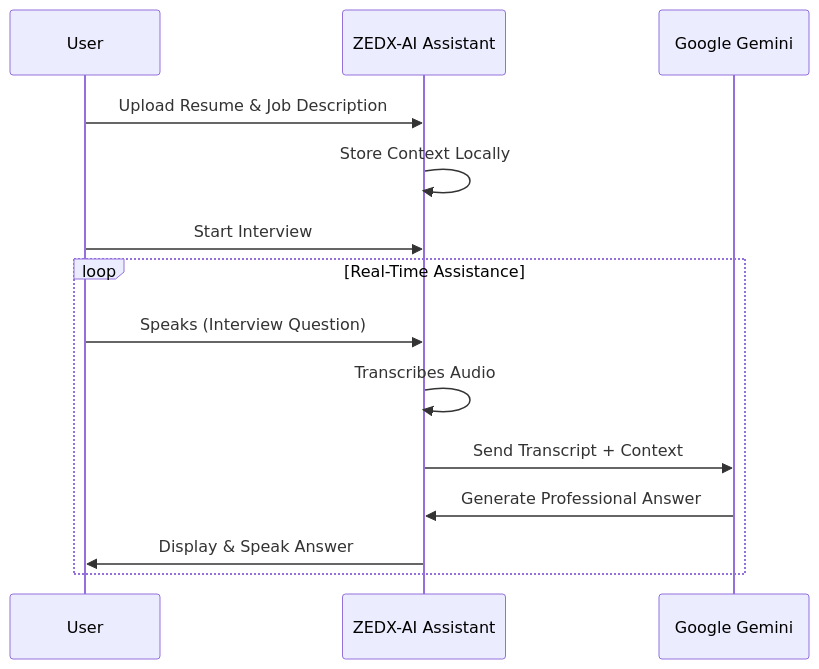
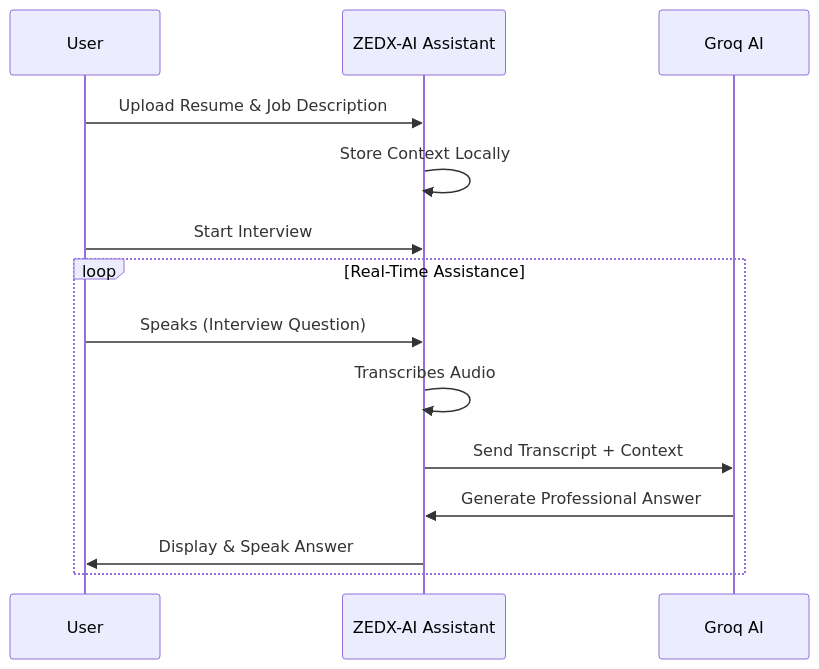
One commit to ziademad02153/ZEDX-AI-Assistant changed the second of 2 diagrams in README.md. Above: the diagram before and after it, drawn with Mermaid. The commit also changed other lines of this file and 15 other files, not shown here.

````diff
--- a/README.md
+++ b/README.md
@@ -55,18 +55,18 @@
 ```mermaid
 sequenceDiagram
     participant User
     participant App as ZEDX-AI Assistant
-    participant AI as Google Gemini
+    participant AI as Groq AI
     
     User->>App: Upload Resume & Job Description
     App->>App: Store Context Locally
     User->>App: Start Interview
     
     loop Real-Time Assistance
         User->>App: Speaks (Interview Question)
         App->>App: Transcribes Audio
         App->>AI: Send Transcript + Context
         AI->>App: Generate Professional Answer
         App->>User: Display & Speak Answer
     end
 ```
````
